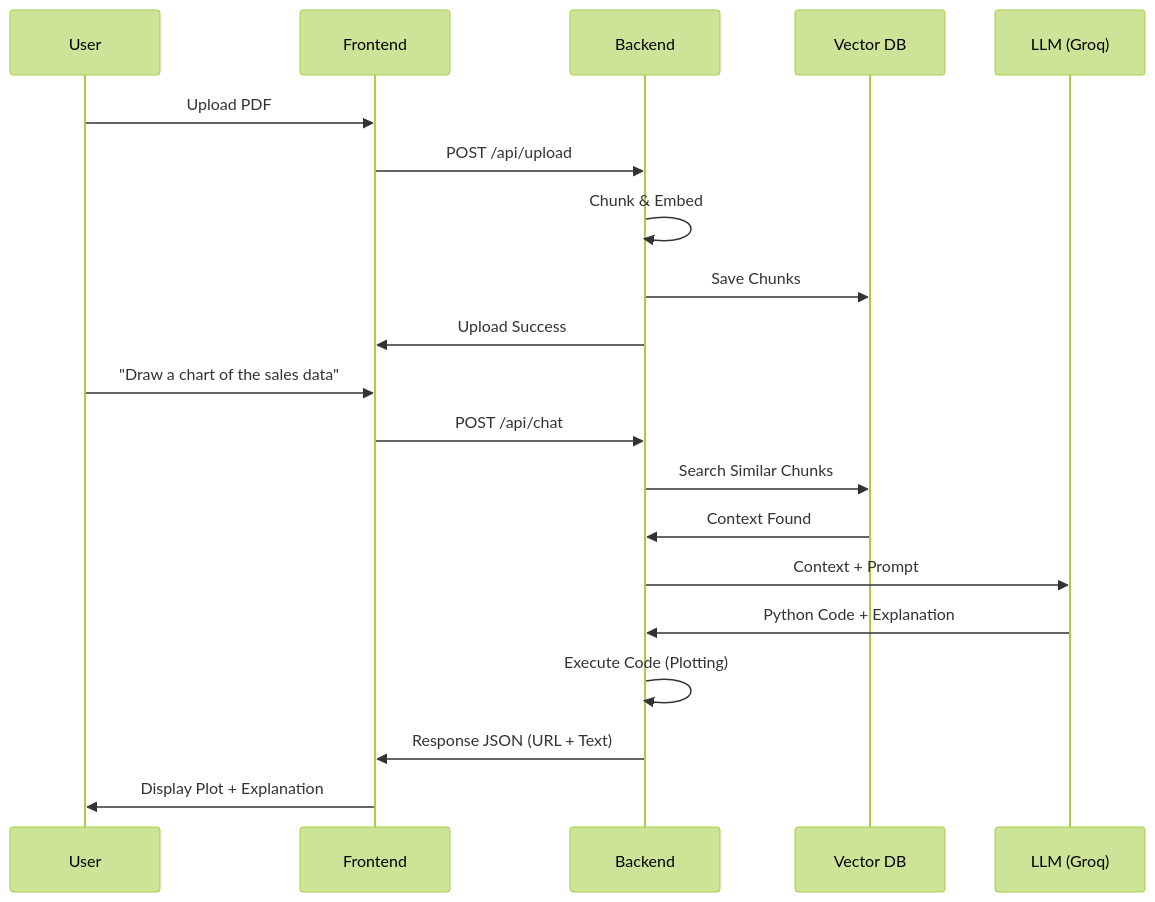
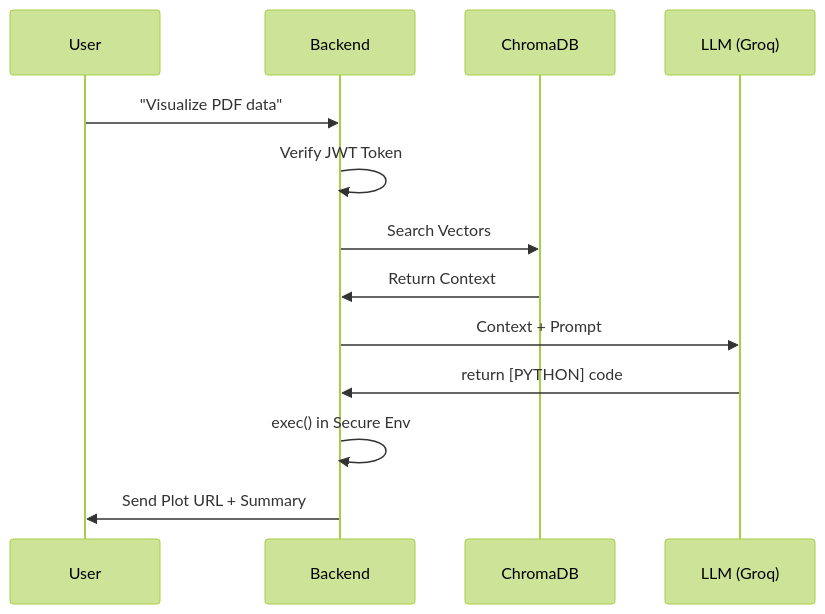
The third of 3 diagrams in README.md (Shreemohanpalthya359/AI-Chatbot-with-document-Q-A), drawn with Mermaid (forest theme) before and after one commit. The commit also changed other lines of this file, not shown here.

Commit message:
Update Project Architecture and Flow diagrams in README

````diff
--- a/README.md
+++ b/README.md
@@ -105,24 +130,16 @@
 ```mermaid
 sequenceDiagram
     participant U as User
-    participant F as Frontend
     participant B as Backend
-    participant V as Vector DB
+    participant V as ChromaDB
     participant L as LLM (Groq)
 
-    U->>F: Upload PDF
-    F->>B: POST /api/upload
-    B->>B: Chunk & Embed
-    B->>V: Save Chunks
-    B->>F: Upload Success
-    
-    U->>F: "Draw a chart of the sales data"
-    F->>B: POST /api/chat
-    B->>V: Search Similar Chunks
-    V->>B: Context Found
+    U->>B: "Visualize PDF data"
+    B->>B: Verify JWT Token
+    B->>V: Search Vectors
+    V->>B: Return Context
     B->>L: Context + Prompt
-    L->>B: Python Code + Explanation
-    B->>B: Execute Code (Plotting)
-    B->>F: Response JSON (URL + Text)
-    F->>U: Display Plot + Explanation
+    L->>B: return [PYTHON] code
+    B->>B: exec() in Secure Env
+    B->>U: Send Plot URL + Summary
 ```
````
